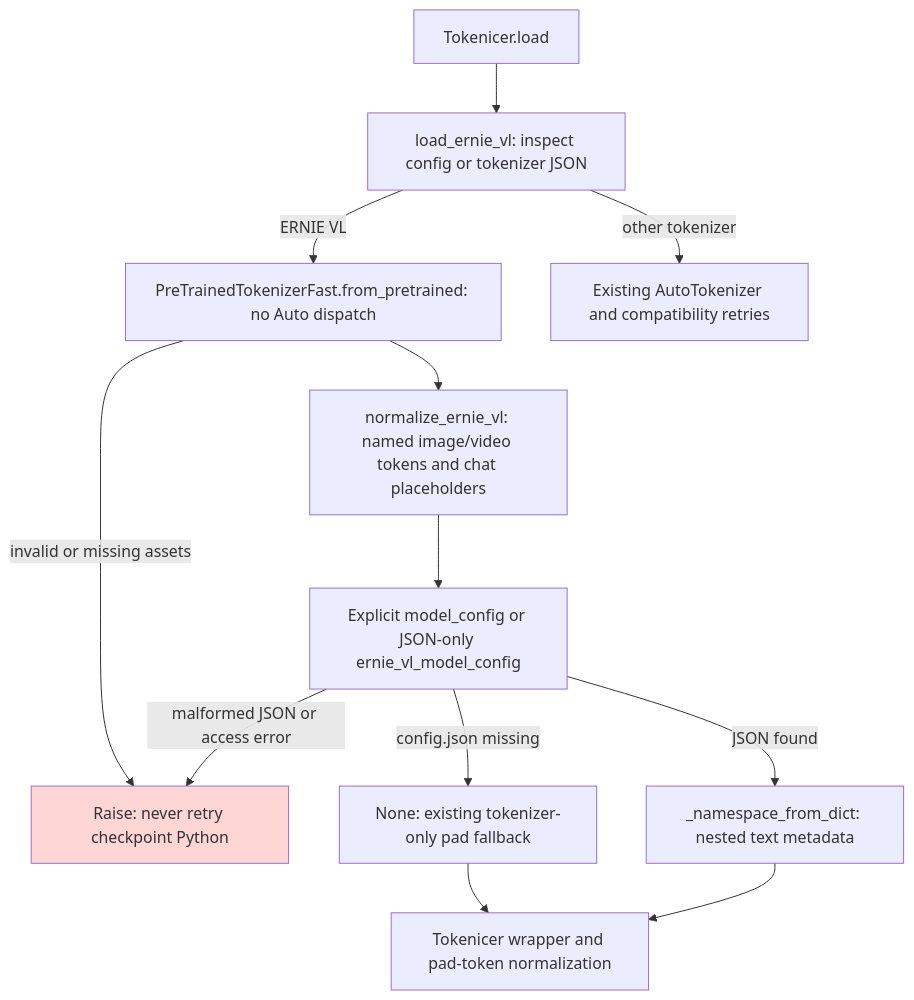
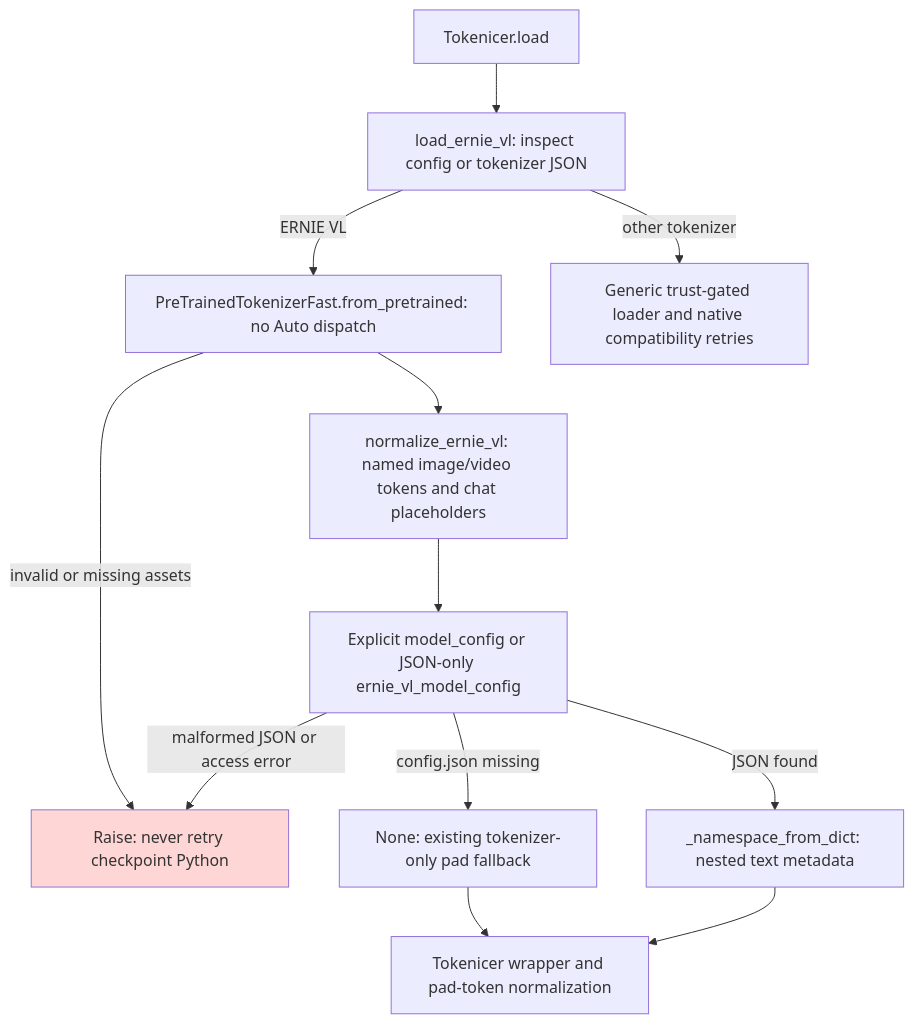
The diagram in docs/ernie-vl-tokenizer-loading.md (ModelCloud/Tokenicer), drawn with Mermaid before and after one commit. The commit also changed other lines of this file and 5 other files, not shown here.

Commit message:
Enforce explicit trust across tokenizer loading fallbacks

````diff
--- a/docs/ernie-vl-tokenizer-loading.md
+++ b/docs/ernie-vl-tokenizer-loading.md
@@ -7,16 +7,16 @@
 ```mermaid
 flowchart TD
   A[Tokenicer.load] --> B[load_ernie_vl: inspect config or tokenizer JSON]
   B -->|ERNIE VL| C[PreTrainedTokenizerFast.from_pretrained: no Auto dispatch]
-  B -->|other tokenizer| D[Existing AutoTokenizer and compatibility retries]
+  B -->|other tokenizer| D[Generic trust-gated loader and native compatibility retries]
   C --> E[normalize_ernie_vl: named image/video tokens and chat placeholders]
   C -->|invalid or missing assets| F[Raise: never retry checkpoint Python]
   E --> G[Explicit model_config or JSON-only ernie_vl_model_config]
   G -->|config.json missing| I[None: existing tokenizer-only pad fallback]
   G -->|JSON found| J[_namespace_from_dict: nested text metadata]
   G -->|malformed JSON or access error| F
   I --> H
   J --> H
   H[Tokenicer wrapper and pad-token normalization]
   style F fill:#ffd6d6
 ```
````
